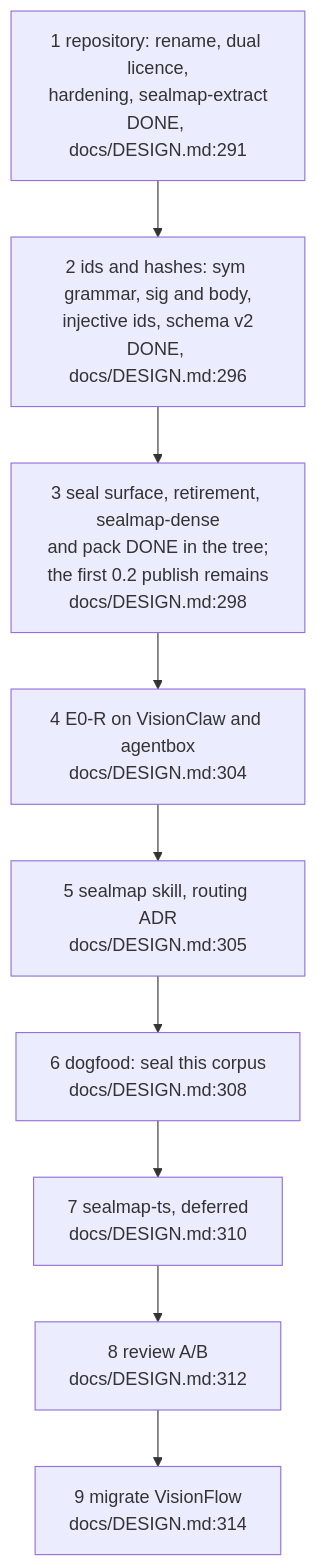
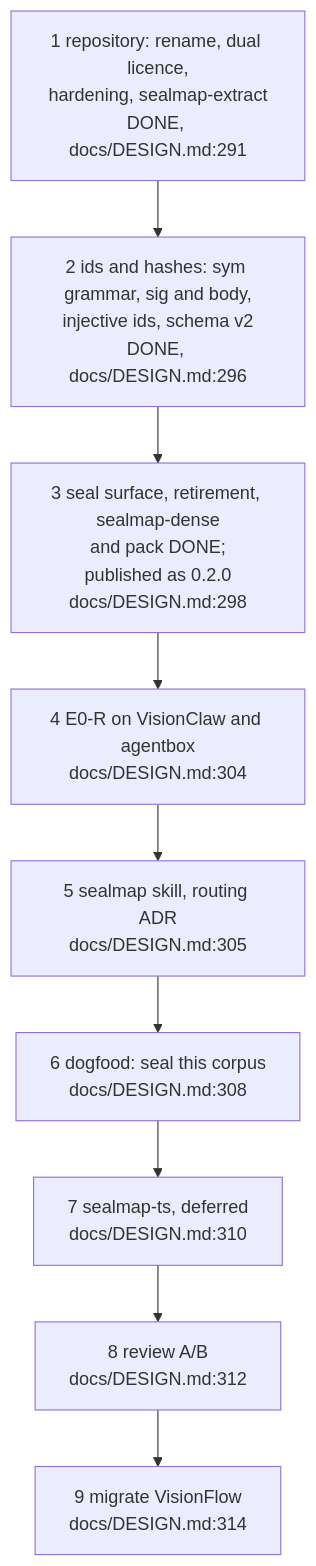
One commit to DreamLab-AI/codemaid changed the second of 6 diagrams in docs/diagrams/delivery/02-design-versus-code.md. Above: the diagram before and after it, drawn with Mermaid. The commit also changed other lines of this file and 3 other files, not shown here.

Commit message:
docs(diagrams): DEL-01 and DEL-02 at the 0.2.0 release; close the 0.1.0 lock Debt

````diff
--- a/docs/diagrams/delivery/02-design-versus-code.md
+++ b/docs/diagrams/delivery/02-design-versus-code.md
@@ -101,13 +101,13 @@
 ```mermaid
 flowchart TB
     S1["1 repository: rename, dual licence,<br/>hardening, sealmap-extract<br/>DONE, docs/DESIGN.md:291"]
     S2["2 ids and hashes: sym grammar, sig and body,<br/>injective ids, schema v2<br/>DONE, docs/DESIGN.md:296"]
-    S3["3 seal surface, retirement, sealmap-dense<br/>and pack DONE in the tree;<br/>the first 0.2 publish remains<br/>docs/DESIGN.md:298"]
+    S3["3 seal surface, retirement, sealmap-dense<br/>and pack DONE;<br/>published as 0.2.0<br/>docs/DESIGN.md:298"]
     S4["4 E0-R on VisionClaw and agentbox<br/>docs/DESIGN.md:304"]
     S5["5 sealmap skill, routing ADR<br/>docs/DESIGN.md:305"]
     S6["6 dogfood: seal this corpus<br/>docs/DESIGN.md:308"]
     S7["7 sealmap-ts, deferred<br/>docs/DESIGN.md:310"]
     S8["8 review A/B<br/>docs/DESIGN.md:312"]
     S9["9 migrate VisionFlow<br/>docs/DESIGN.md:314"]
     S1 --> S2 --> S3 --> S4 --> S5 --> S6 --> S7 --> S8 --> S9
 ```
````
